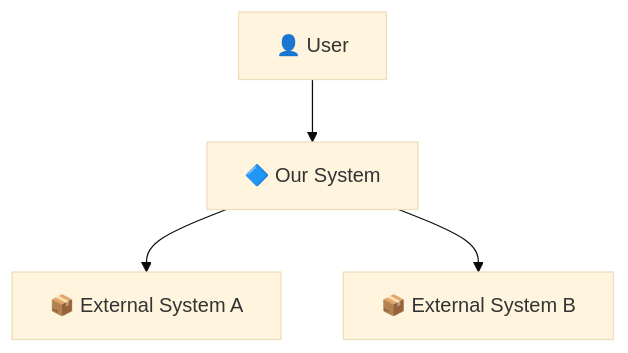
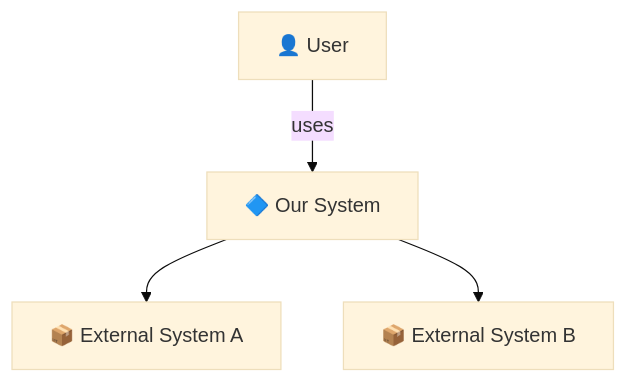
The first of 6 diagrams in adapters/codex/skills/mu-wiki/references/devmuse/knowledge/principles/architecture-assessment.md (knotmark-ai/devmuse), drawn with Mermaid (base theme) before and after one commit. The commit also changed other lines of this file and 43 other files, not shown here.

````diff
--- a/adapters/codex/skills/mu-wiki/references/devmuse/knowledge/principles/architecture-assessment.md
+++ b/adapters/codex/skills/mu-wiki/references/devmuse/knowledge/principles/architecture-assessment.md
@@ -26,6 +26,6 @@
 ```mermaid
 graph TB
-    User["👤 User"] --> System["🔷 Our System"]
+    User["👤 User"] -->|"uses"| System["🔷 Our System"]
     System --> ExtA["📦 External System A"]
     System --> ExtB["📦 External System B"]
 ```
````
